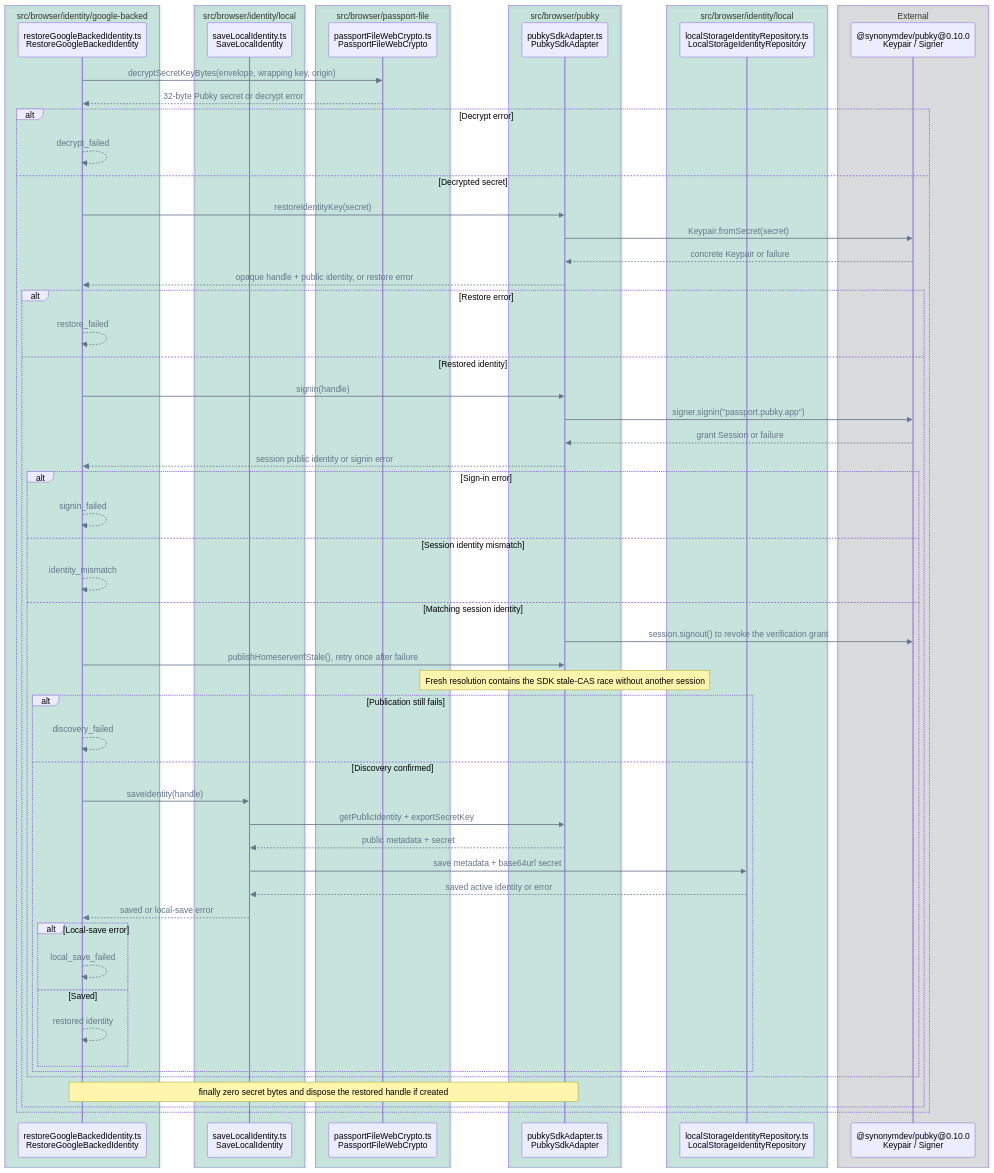
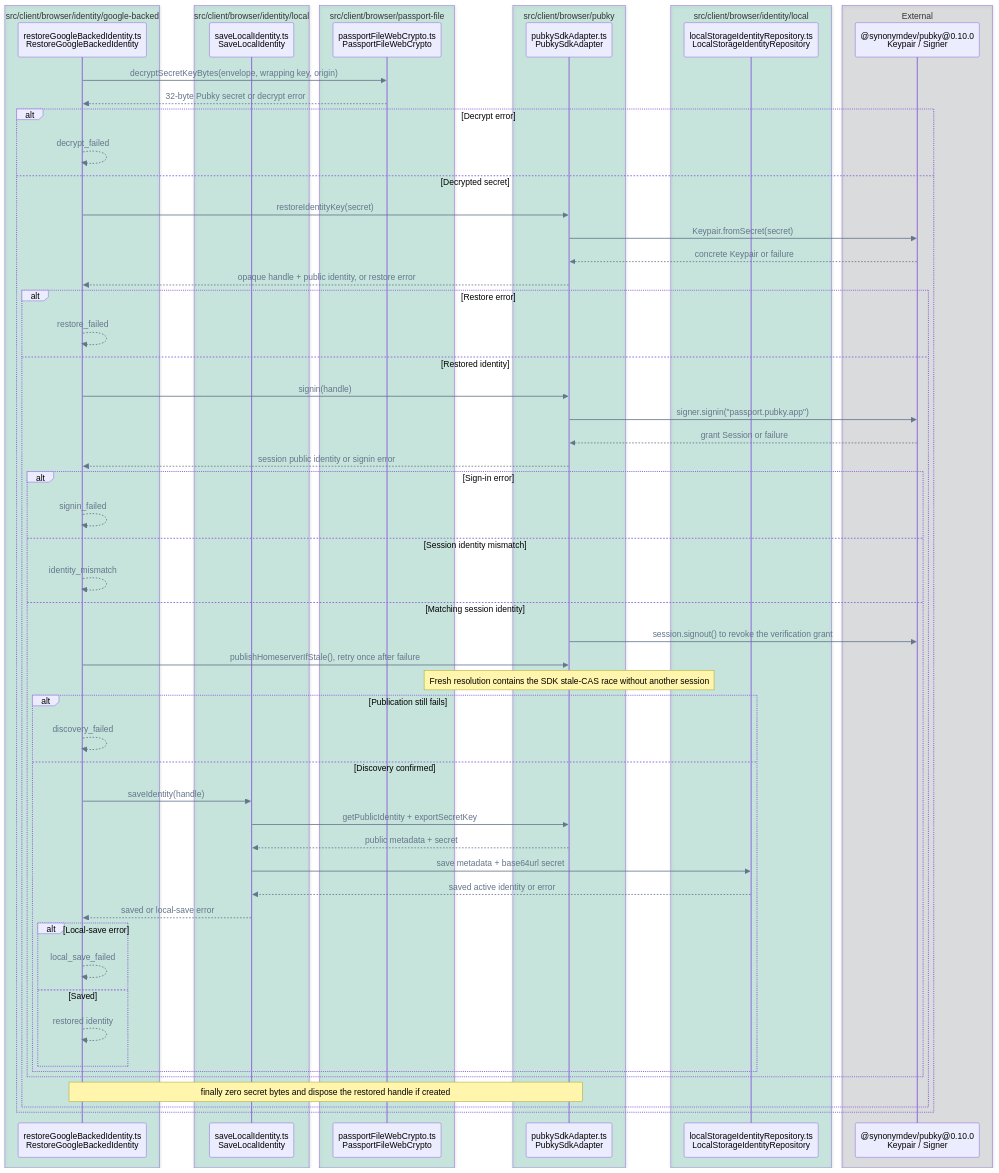
Before and after one commit to pubky/pubky-passport: the ninth of 14 diagrams in FLOWS.md, drawn with Mermaid. The commit also changed other lines of this file and 238 other files, not shown here.

````diff
--- a/FLOWS.md
+++ b/FLOWS.md
@@ -418,68 +408,68 @@
 ```mermaid
 %%{init: {"themeVariables": {"signalColor": "#64748B", "signalTextColor": "#64748B"}}}%%
 sequenceDiagram
     accTitle: Existing identity restore call flow
     accDescr: Browser crypto decrypts the Passport file envelope, PubkySdkAdapter signs in with the restored key, and only a matching activated Pubky identity is saved locally; failures stop before later stages and cleanup runs after decryption succeeds.
-    box rgba(0, 158, 115, 0.18) src/browser/identity/google-backed
+    box rgba(0, 158, 115, 0.18) src/client/browser/identity/google-backed
         participant Restore as restoreGoogleBackedIdentity.ts<br/>RestoreGoogleBackedIdentity
     end
-    box rgba(0, 158, 115, 0.18) src/browser/identity/local
+    box rgba(0, 158, 115, 0.18) src/client/browser/identity/local
         participant Local as saveLocalIdentity.ts<br/>SaveLocalIdentity
     end
-    box rgba(0, 158, 115, 0.18) src/browser/passport-file
+    box rgba(0, 158, 115, 0.18) src/client/browser/passport-file
         participant Crypto as passportFileWebCrypto.ts<br/>PassportFileWebCrypto
     end
-    box rgba(0, 158, 115, 0.18) src/browser/pubky
+    box rgba(0, 158, 115, 0.18) src/client/browser/pubky
         participant Pubky as pubkySdkAdapter.ts<br/>PubkySdkAdapter
     end
-    box rgba(0, 158, 115, 0.18) src/browser/identity/local
+    box rgba(0, 158, 115, 0.18) src/client/browser/identity/local
         participant Repo as localStorageIdentityRepository.ts<br/>LocalStorageIdentityRepository
     end
     box rgba(17, 24, 39, 0.12) External
         participant SDK as @synonymdev/pubky@0.10.0<br/>Keypair / Signer
     end
 
     Restore->>Crypto: decryptSecretKeyBytes(envelope, wrapping key, origin)
     Crypto-->>Restore: 32-byte Pubky secret or decrypt error
     alt Decrypt error
         Restore-->>Restore: decrypt_failed
     else Decrypted secret
         Restore->>Pubky: restoreIdentityKey(secret)
         Pubky->>SDK: Keypair.fromSecret(secret)
         SDK-->>Pubky: concrete Keypair or failure
         Pubky-->>Restore: opaque handle + public identity, or restore error
         alt Restore error
             Restore-->>Restore: restore_failed
         else Restored identity
             Restore->>Pubky: signin(handle)
             Pubky->>SDK: signer.signin("passport.pubky.app")
             SDK-->>Pubky: grant Session or failure
             Pubky-->>Restore: session public identity or signin error
             alt Sign-in error
                 Restore-->>Restore: signin_failed
             else Session identity mismatch
                 Restore-->>Restore: identity_mismatch
             else Matching session identity
                 Pubky->>SDK: session.signout() to revoke the verification grant
                 Restore->>Pubky: publishHomeserverIfStale(), retry once after failure
                 Note over Pubky: Fresh resolution contains the SDK stale-CAS race without another session
                 alt Publication still fails
                     Restore-->>Restore: discovery_failed
                 else Discovery confirmed
                     Restore->>Local: saveIdentity(handle)
                 Local->>Pubky: getPublicIdentity + exportSecretKey
                 Pubky-->>Local: public metadata + secret
                 Local->>Repo: save metadata + base64url secret
                 Repo-->>Local: saved active identity or error
                 Local-->>Restore: saved or local-save error
                 alt Local-save error
                     Restore-->>Restore: local_save_failed
                 else Saved
                     Restore-->>Restore: restored identity
                 end
             end
         end
         Note over Restore,Pubky: finally zero secret bytes and dispose the restored handle if created
     end
     end
 ```
````
